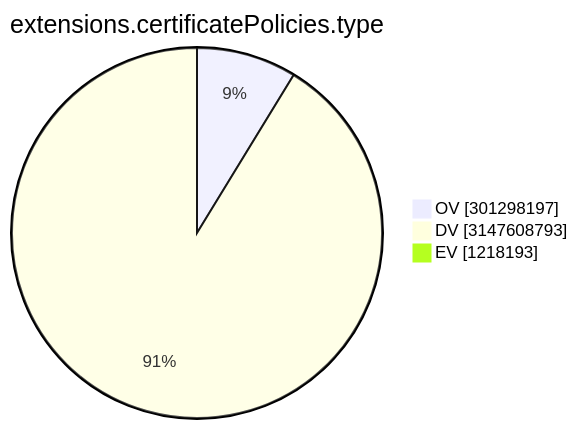
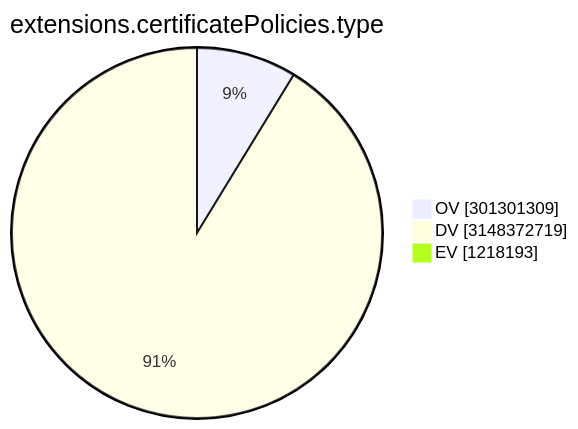
Before and after one commit to christiankrug/ctmonitor_visualization: the ninth of 15 diagrams in TOTAL/README.md, drawn with Mermaid. The commit also changed other lines of this file, not shown here.

````diff
--- a/TOTAL/README.md
+++ b/TOTAL/README.md
@@ -3105,7 +3105,7 @@
 ```mermaid
 pie showData
 title extensions.certificatePolicies.type
-"OV" :301298197
-"DV" :3147608793
+"OV" :301301309
+"DV" :3148372719
 "EV" :1218193
 ```
````
